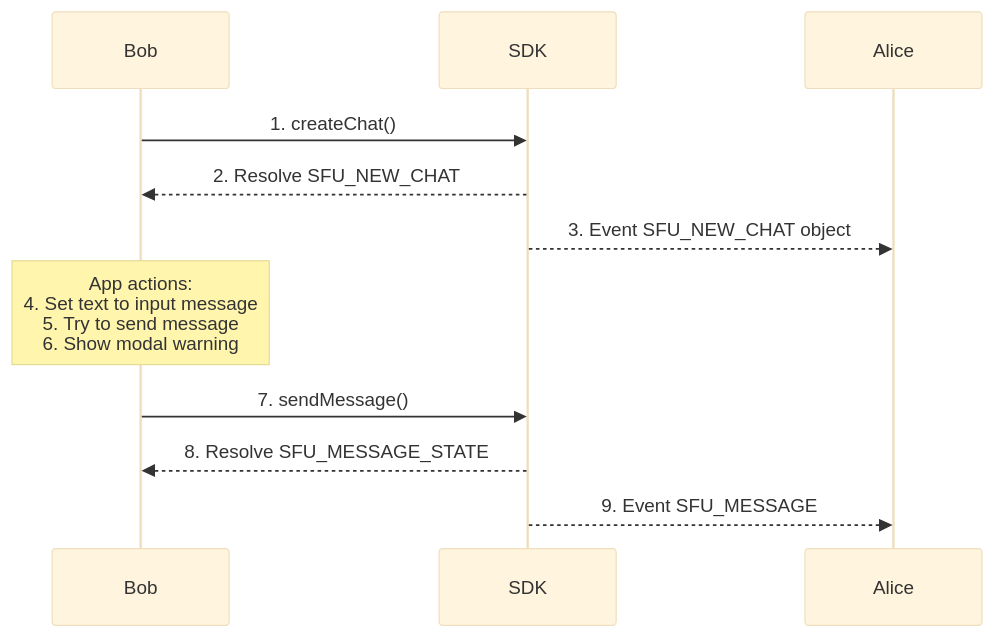
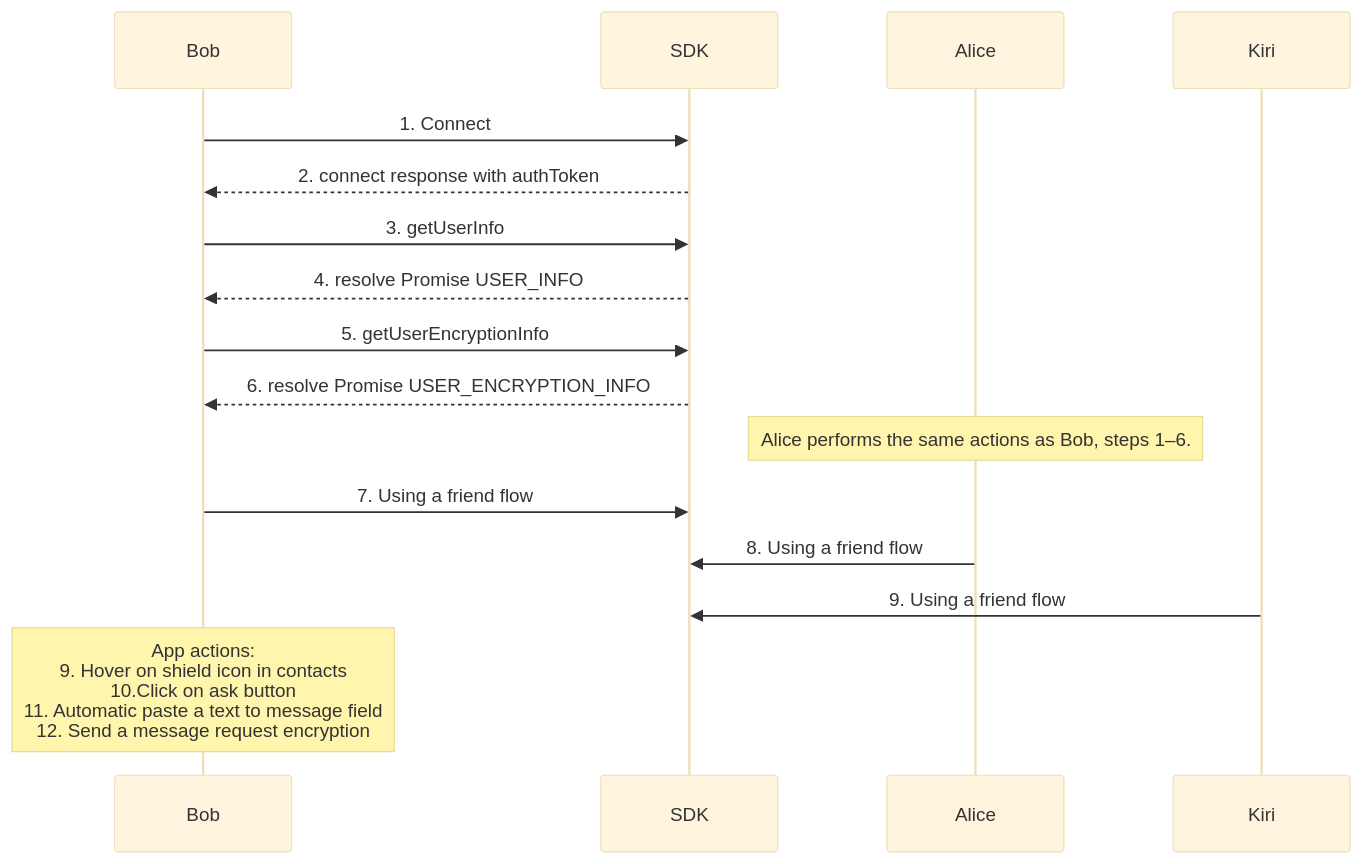
One commit to flashphoner/MessengerSDK changed the first of 2 diagrams in src/components/containers/encryptedChat/docs/EncryptedChat.md. Above: the diagram before and after it, drawn with Mermaid (base theme). The commit also changed other lines of this file and 25 other files, not shown here.

````diff
--- a/src/components/containers/encryptedChat/docs/EncryptedChat.md
+++ b/src/components/containers/encryptedChat/docs/EncryptedChat.md
@@ -2,14 +2,18 @@
 ```mermaid
 sequenceDiagram
     participant Bob
     participant SDK
     participant Alice
     
-    Bob ->> SDK: 1. createChat()
-    SDK -->> Bob: 2. Resolve SFU_NEW_CHAT  
-    SDK -->> Alice: 3. Event SFU_NEW_CHAT object
-    Note over Bob: App actions: <br/> 4. Set text to input message  <br/> 5. Try to send message <br/> 6. Show modal warning
-    Bob ->> SDK: 7. sendMessage()
-    SDK -->> Bob: 8. Resolve SFU_MESSAGE_STATE
-    SDK -->> Alice: 9. Event SFU_MESSAGE
+    Bob ->> SDK: 1. Connect
+    SDK -->> Bob: 2. connect response with authToken
+    Bob ->> SDK: 3. getUserInfo
+    SDK -->> Bob: 4. resolve Promise USER_INFO
+    Bob ->> SDK: 5. getUserEncryptionInfo
+    SDK -->> Bob: 6. resolve Promise USER_ENCRYPTION_INFO
+    Note over Alice: Alice performs the same actions as Bob, steps 1–6.
+    Bob ->> SDK: 7. Using a friend flow
+    Alice ->> SDK: 8. Using a friend flow
+    Kiri ->> SDK: 9. Using a friend flow
+    Note over Bob: App actions: <br/>9. Hover on shield icon in contacts <br/>10.Click on ask button<br/> 11. Automatic paste a text to message field<br/> 12. Send a message request encryption
 ```
````
